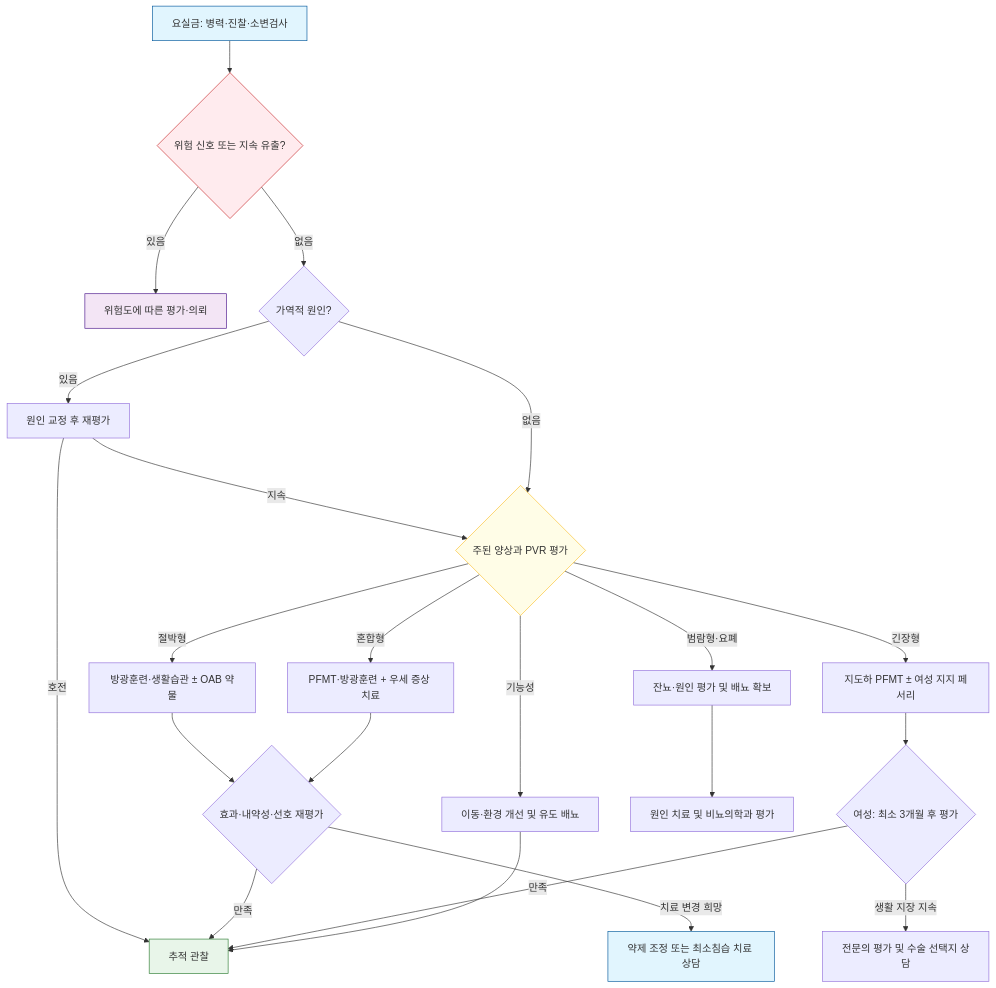
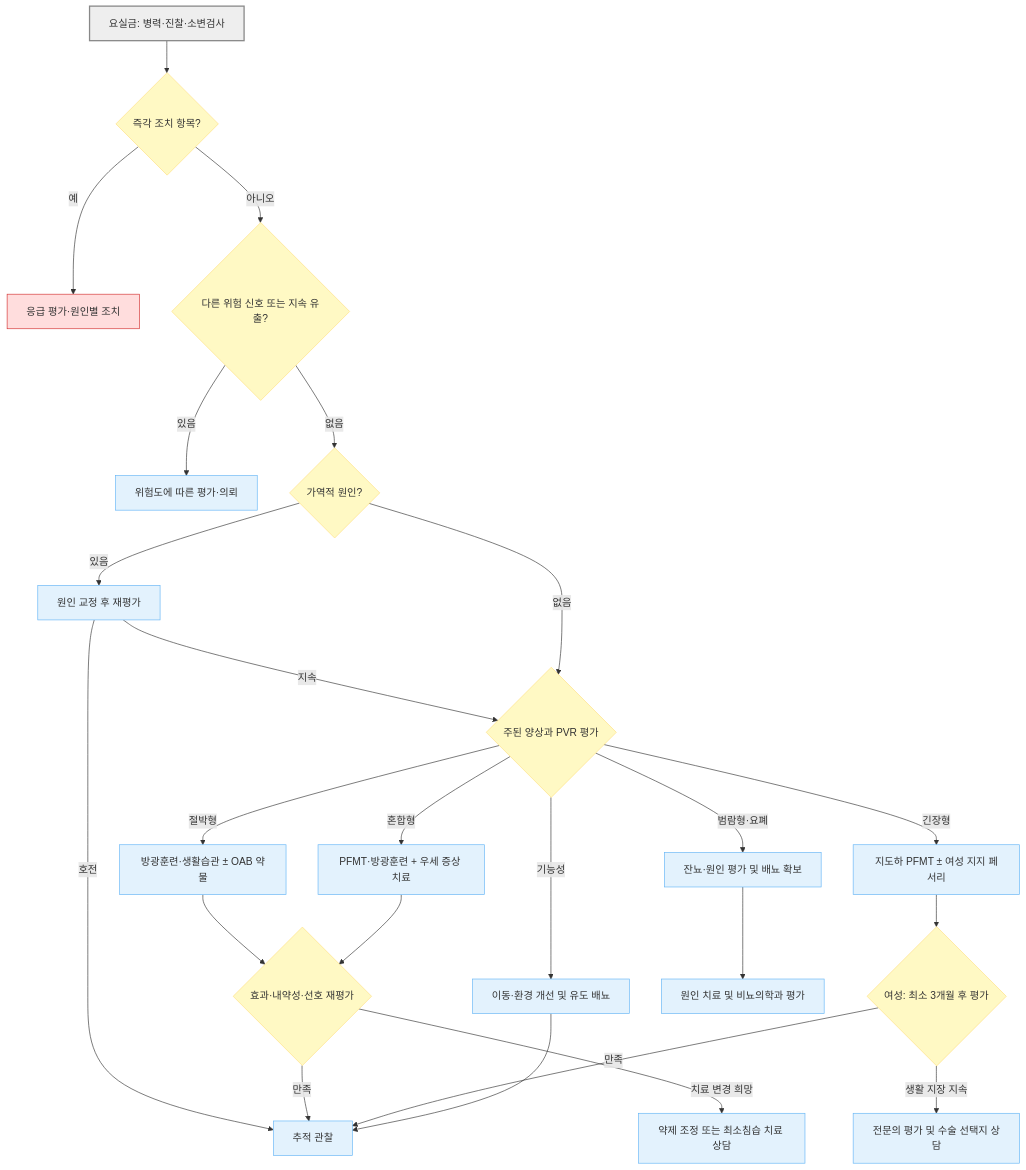
One commit to familyoh77/familyoh77 changed the diagram in 227_/125_-urinary-incontinence.md. Above: the diagram before and after it, drawn with Mermaid. The commit also changed other lines of this file and 10 other files, not shown here.

````diff
--- a/227_/125_-urinary-incontinence.md
+++ b/227_/125_-urinary-incontinence.md
@@ -132,30 +140,34 @@
 ```mermaid
 flowchart TD
-    A["요실금: 병력·진찰·소변검사"] --> B{"위험 신호 또는 지속 유출?"}
-    B -->|있음| C["위험도에 따른 평가·의뢰"]
-    B -->|없음| D{"가역적 원인?"}
-    D -->|있음| E["원인 교정 후 재평가"]
-    E -->|호전| S["추적 관찰"]
-    E -->|지속| H{"주된 양상과 PVR 평가"}
-    D -->|없음| H
-    H -->|절박형| J["방광훈련·생활습관 ± OAB 약물"]
-    H -->|긴장형| K["지도하 PFMT ± 여성 지지 페서리"]
-    H -->|혼합형| I["PFMT·방광훈련 + 우세 증상 치료"]
-    H -->|범람형·요폐| L["잔뇨·원인 평가 및 배뇨 확보"]
-    H -->|기능성| T["이동·환경 개선 및 유도 배뇨"]
+    A["요실금: 병력·진찰·소변검사"] --> V{"즉각 조치 항목?"}
+    V -- "예" --> W["응급 평가·원인별 조치"]
+    V -- "아니오" --> B{"다른 위험 신호 또는 지속 유출?"}
+    B -- "있음" --> C["위험도에 따른 평가·의뢰"]
+    B -- "없음" --> D{"가역적 원인?"}
+    D -- "있음" --> E["원인 교정 후 재평가"]
+    E -- "호전" --> S["추적 관찰"]
+    E -- "지속" --> H{"주된 양상과 PVR 평가"}
+    D -- "없음" --> H
+    H -- "절박형" --> J["방광훈련·생활습관 ± OAB 약물"]
+    H -- "긴장형" --> K["지도하 PFMT ± 여성 지지 페서리"]
+    H -- "혼합형" --> I["PFMT·방광훈련 + 우세 증상 치료"]
+    H -- "범람형·요폐" --> L["잔뇨·원인 평가 및 배뇨 확보"]
+    H -- "기능성" --> T["이동·환경 개선 및 유도 배뇨"]
     J --> M{"효과·내약성·선호 재평가"}
     I --> M
-    M -->|만족| S
-    M -->|치료 변경 희망| Q["약제 조정 또는 최소침습 치료 상담"]
+    M -- "만족" --> S
+    M -- "치료 변경 희망" --> Q["약제 조정 또는 최소침습 치료 상담"]
     K --> N{"여성: 최소 3개월 후 평가"}
-    N -->|만족| S
-    N -->|생활 지장 지속| R["전문의 평가 및 수술 선택지 상담"]
+    N -- "만족" --> S
+    N -- "생활 지장 지속" --> R["전문의 평가 및 수술 선택지 상담"]
     L --> U["원인 치료 및 비뇨의학과 평가"]
     T --> S
-    style A fill:#e1f5fe,stroke:#01579b
-    style B fill:#ffebee,stroke:#c62828
-    style C fill:#f3e5f5,stroke:#4a148c
-    style H fill:#fffde7,stroke:#fbc02d
-    style Q fill:#e1f5fe,stroke:#01579b
-    style S fill:#e8f5e9,stroke:#2e7d32
+    classDef start fill:#eeeeee,stroke:#888888,stroke-width:2px
+    classDef question fill:#fff9c4,stroke:#ffe082
+    classDef emergency fill:#ffdddd,stroke:#d32f2f
+    classDef care fill:#e3f2fd,stroke:#64b5f6
+    class A start
+    class B,D,H,M,N,V question
+    class W emergency
+    class C,E,S,J,K,I,L,T,Q,R,U care
 ```
````
